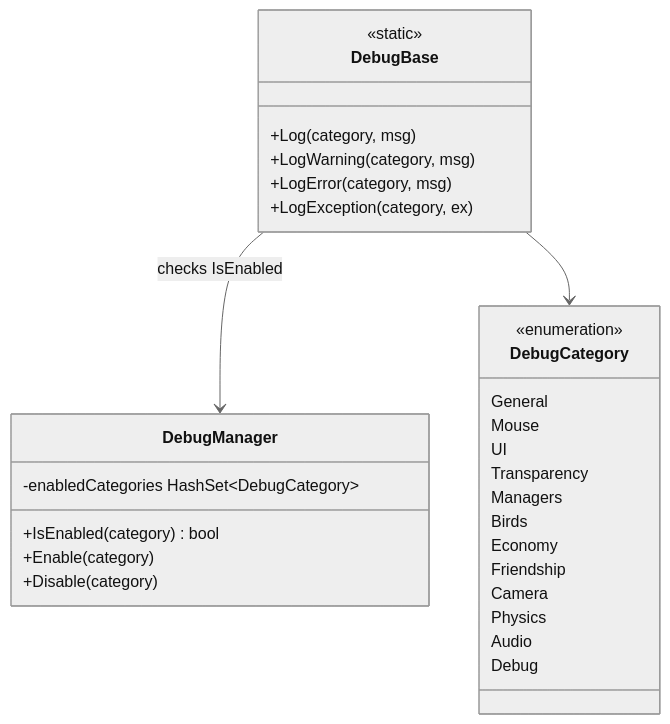
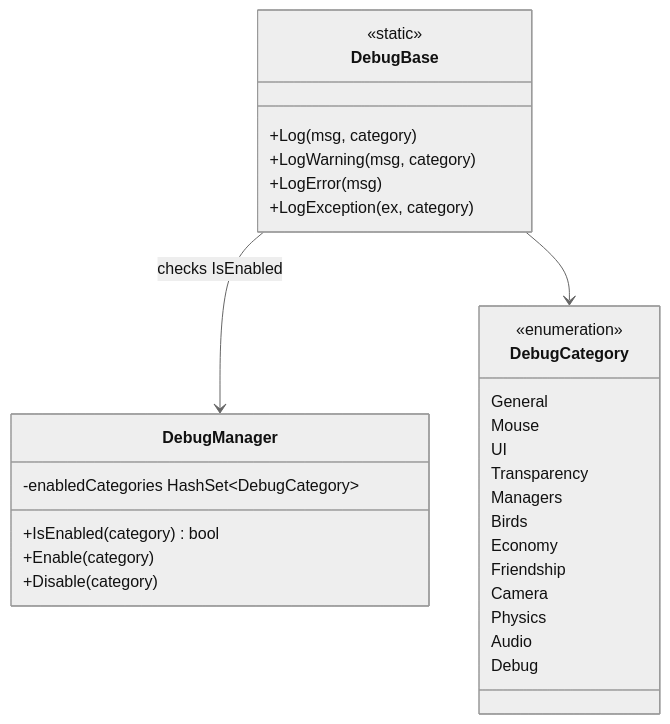
Diagram 14 of 14 in docs/product/architecture.md (kitoss1/Birdie), drawn with Mermaid (neutral theme) before and after one commit. The commit also changed other lines of this file and 3 other files, not shown here.

````diff
--- a/docs/product/architecture.md
+++ b/docs/product/architecture.md
@@ -622,36 +644,36 @@
 ```mermaid
 classDiagram
     class DebugBase {
         <<static>>
-        +Log(category, msg)
-        +LogWarning(category, msg)
-        +LogError(category, msg)
-        +LogException(category, ex)
+        +Log(msg, category)
+        +LogWarning(msg, category)
+        +LogError(msg)
+        +LogException(ex, category)
     }
 
     class DebugManager {
         -enabledCategories HashSet~DebugCategory~
         +IsEnabled(category) bool
         +Enable(category)
         +Disable(category)
     }
 
     class DebugCategory {
         <<enumeration>>
         General
         Mouse
         UI
         Transparency
         Managers
         Birds
         Economy
         Friendship
         Camera
         Physics
         Audio
         Debug
     }
 
     DebugBase --> DebugManager : checks IsEnabled
     DebugBase --> DebugCategory
 ```
````
